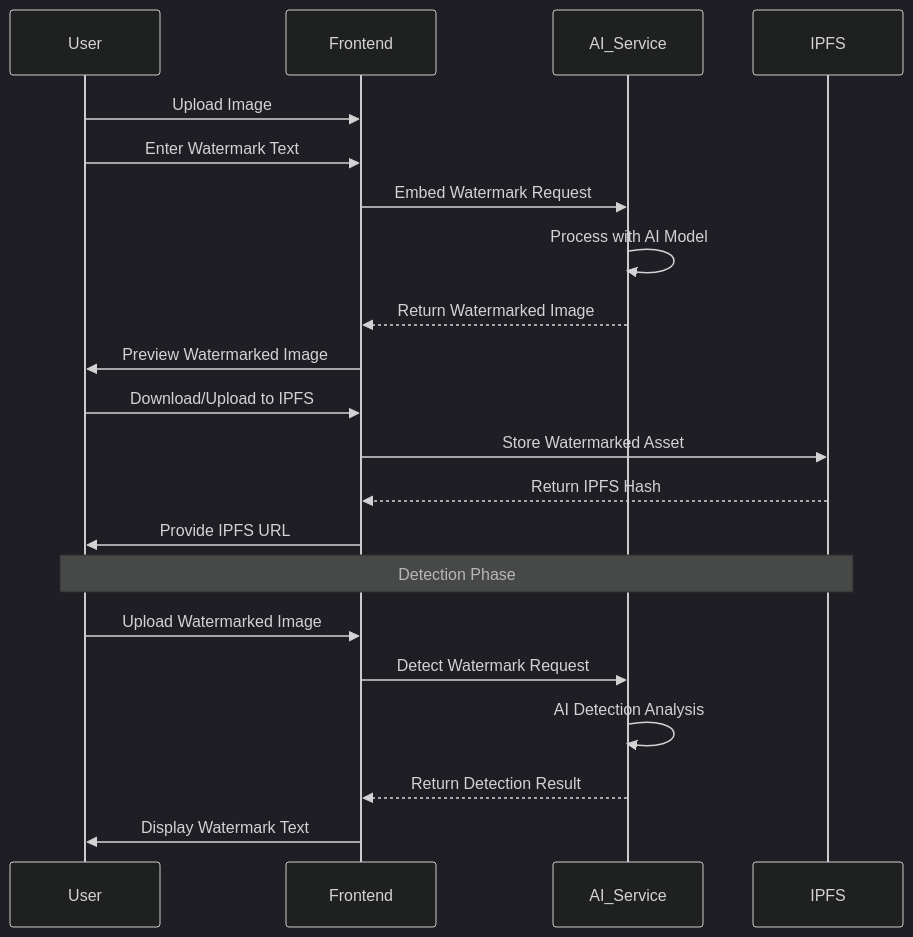
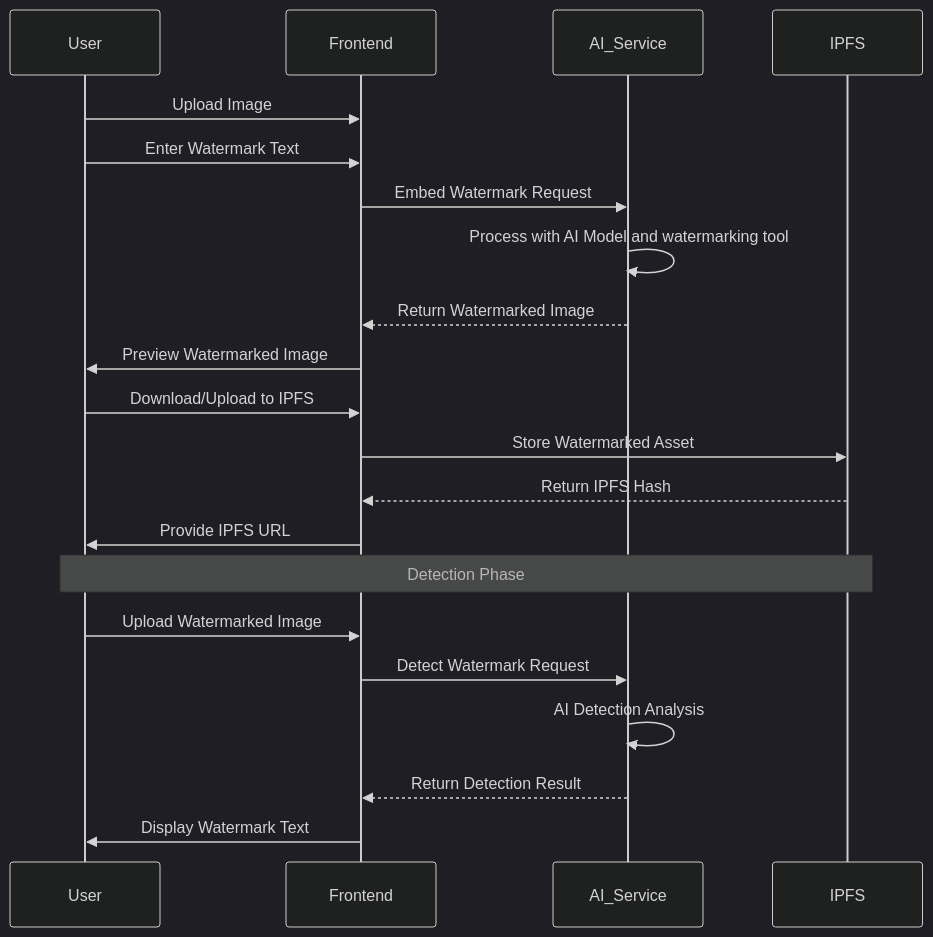
The fourth of 7 diagrams in README.md (ETIM-PAUL/SentryMark), drawn with Mermaid (dark theme) before and after one commit. The commit also changed other lines of this file and 4 other files, not shown here.

````diff
--- a/README.md
+++ b/README.md
@@ -316,25 +317,25 @@
 ```mermaid
 sequenceDiagram
     participant User
     participant Frontend
     participant AI_Service
     participant IPFS
     
     User->>Frontend: Upload Image
     User->>Frontend: Enter Watermark Text
     Frontend->>AI_Service: Embed Watermark Request
-    AI_Service->>AI_Service: Process with AI Model
+    AI_Service->>AI_Service: Process with AI Model and watermarking tool
     AI_Service-->>Frontend: Return Watermarked Image
     Frontend->>User: Preview Watermarked Image
     User->>Frontend: Download/Upload to IPFS
     Frontend->>IPFS: Store Watermarked Asset
     IPFS-->>Frontend: Return IPFS Hash
     Frontend->>User: Provide IPFS URL
     
     Note over User,IPFS: Detection Phase
     User->>Frontend: Upload Watermarked Image
     Frontend->>AI_Service: Detect Watermark Request
     AI_Service->>AI_Service: AI Detection Analysis
     AI_Service-->>Frontend: Return Detection Result
     Frontend->>User: Display Watermark Text
 ```
````
